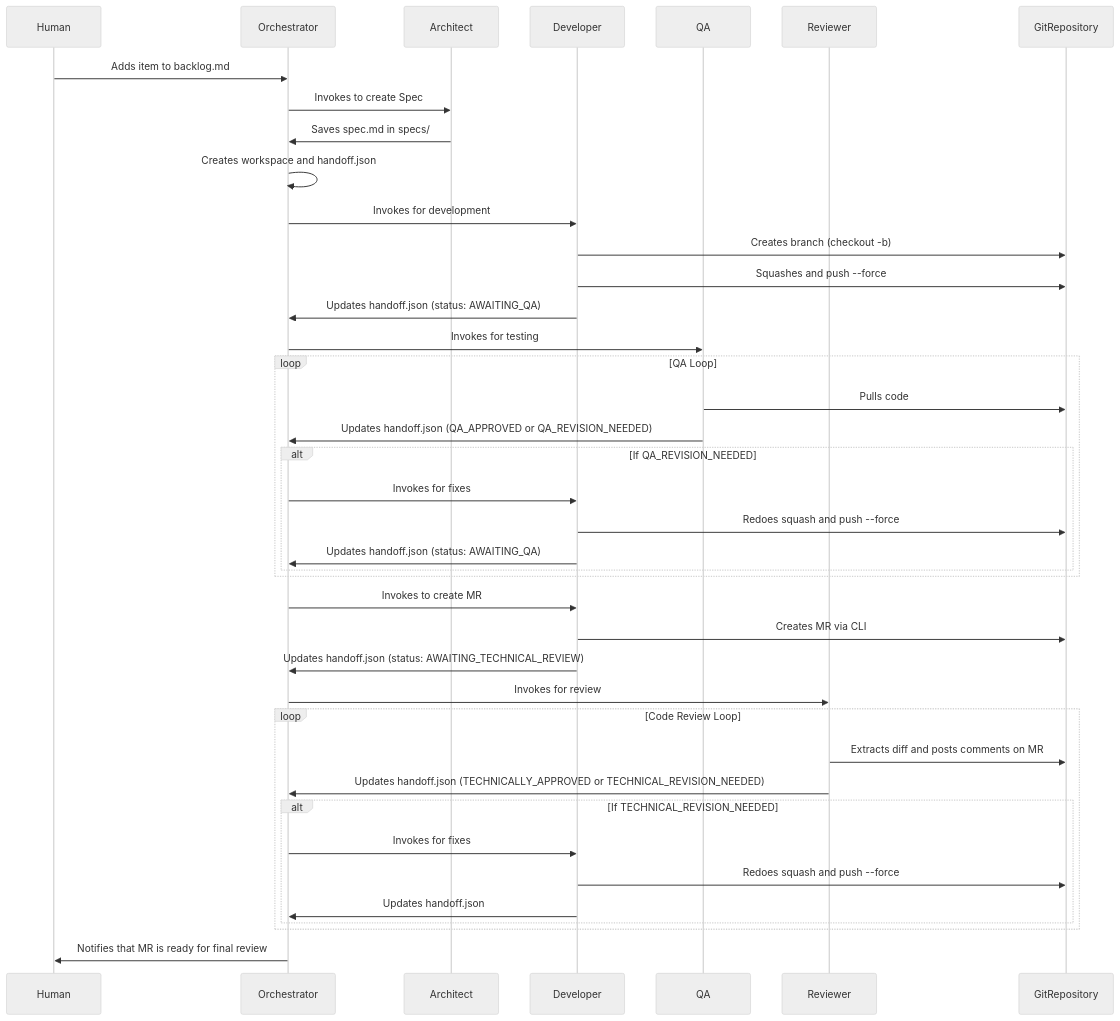
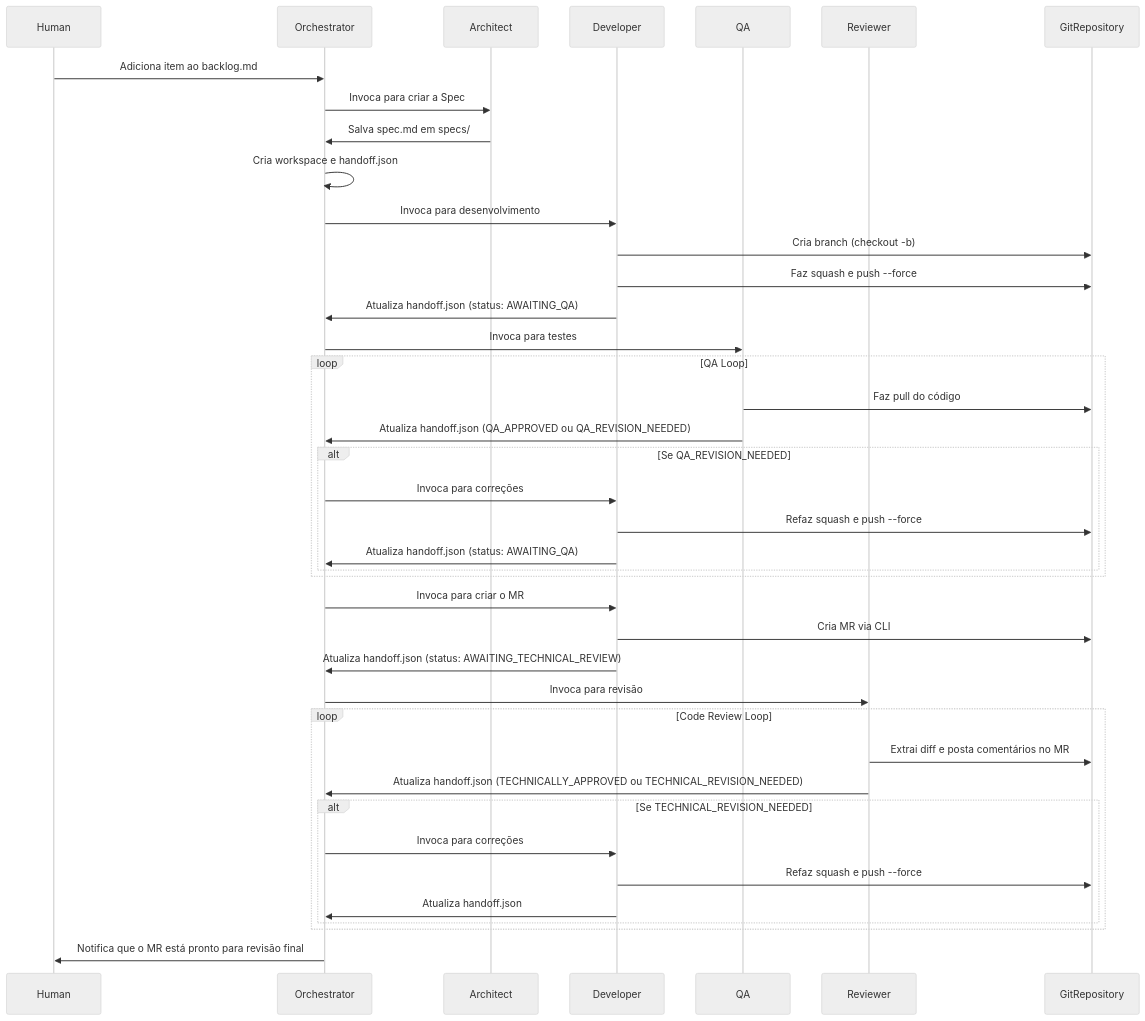
Before and after one commit to brain-model/sde-workspace: the second of 2 diagrams in README.md, drawn with Mermaid (neutral theme). The commit also changed other lines of this file and 8 other files, not shown here.

````diff
--- a/README.md
+++ b/README.md
@@ -92,47 +92,47 @@
 ```mermaid
 sequenceDiagram
     participant Human
     participant Orchestrator
     participant Architect
     participant Developer
     participant QA
     participant Reviewer
     participant GitRepository
 
-    Human->>Orchestrator: Adds item to backlog.md
-    Orchestrator->>Architect: Invokes to create Spec
-    Architect->>Orchestrator: Saves spec.md in specs/
-    Orchestrator->>Orchestrator: Creates workspace and handoff.json
-    Orchestrator->>Developer: Invokes for development
-    Developer->>GitRepository: Creates branch (checkout -b)
-    Developer->>GitRepository: Squashes and push --force
-    Developer->>Orchestrator: Updates handoff.json (status: AWAITING_QA)
-    Orchestrator->>QA: Invokes for testing
+    Human->>Orchestrator: Adiciona item ao backlog.md
+    Orchestrator->>Architect: Invoca para criar a Spec
+    Architect->>Orchestrator: Salva spec.md em specs/
+    Orchestrator->>Orchestrator: Cria workspace e handoff.json
+    Orchestrator->>Developer: Invoca para desenvolvimento
+    Developer->>GitRepository: Cria branch (checkout -b)
+    Developer->>GitRepository: Faz squash e push --force
+    Developer->>Orchestrator: Atualiza handoff.json (status: AWAITING_QA)
+    Orchestrator->>QA: Invoca para testes
 
     loop QA Loop
-        QA->>GitRepository: Pulls code
-        QA->>Orchestrator: Updates handoff.json (QA_APPROVED or QA_REVISION_NEEDED)
-        alt If QA_REVISION_NEEDED
-            Orchestrator->>Developer: Invokes for fixes
-            Developer->>GitRepository: Redoes squash and push --force
-            Developer->>Orchestrator: Updates handoff.json (status: AWAITING_QA)
+        QA->>GitRepository: Faz pull do código
+        QA->>Orchestrator: Atualiza handoff.json (QA_APPROVED ou QA_REVISION_NEEDED)
+        alt Se QA_REVISION_NEEDED
+            Orchestrator->>Developer: Invoca para correções
+            Developer->>GitRepository: Refaz squash e push --force
+            Developer->>Orchestrator: Atualiza handoff.json (status: AWAITING_QA)
         end
     end
 
-    Orchestrator->>Developer: Invokes to create MR
-    Developer->>GitRepository: Creates MR via CLI
-    Developer->>Orchestrator: Updates handoff.json (status: AWAITING_TECHNICAL_REVIEW)
-    Orchestrator->>Reviewer: Invokes for review
+    Orchestrator->>Developer: Invoca para criar o MR
+    Developer->>GitRepository: Cria MR via CLI
+    Developer->>Orchestrator: Atualiza handoff.json (status: AWAITING_TECHNICAL_REVIEW)
+    Orchestrator->>Reviewer: Invoca para revisão
 
     loop Code Review Loop
-        Reviewer->>GitRepository: Extracts diff and posts comments on MR
-        Reviewer->>Orchestrator: Updates handoff.json (TECHNICALLY_APPROVED or TECHNICAL_REVISION_NEEDED)
-        alt If TECHNICAL_REVISION_NEEDED
-            Orchestrator->>Developer: Invokes for fixes
-            Developer->>GitRepository: Redoes squash and push --force
-            Developer->>Orchestrator: Updates handoff.json
+        Reviewer->>GitRepository: Extrai diff e posta comentários no MR
+        Reviewer->>Orchestrator: Atualiza handoff.json (TECHNICALLY_APPROVED ou TECHNICAL_REVISION_NEEDED)
+        alt Se TECHNICAL_REVISION_NEEDED
+            Orchestrator->>Developer: Invoca para correções
+            Developer->>GitRepository: Refaz squash e push --force
+            Developer->>Orchestrator: Atualiza handoff.json
         end
     end
 
-    Orchestrator->>Human: Notifies that MR is ready for final review
+    Orchestrator->>Human: Notifica que o MR está pronto para revisão final
 ```
````
